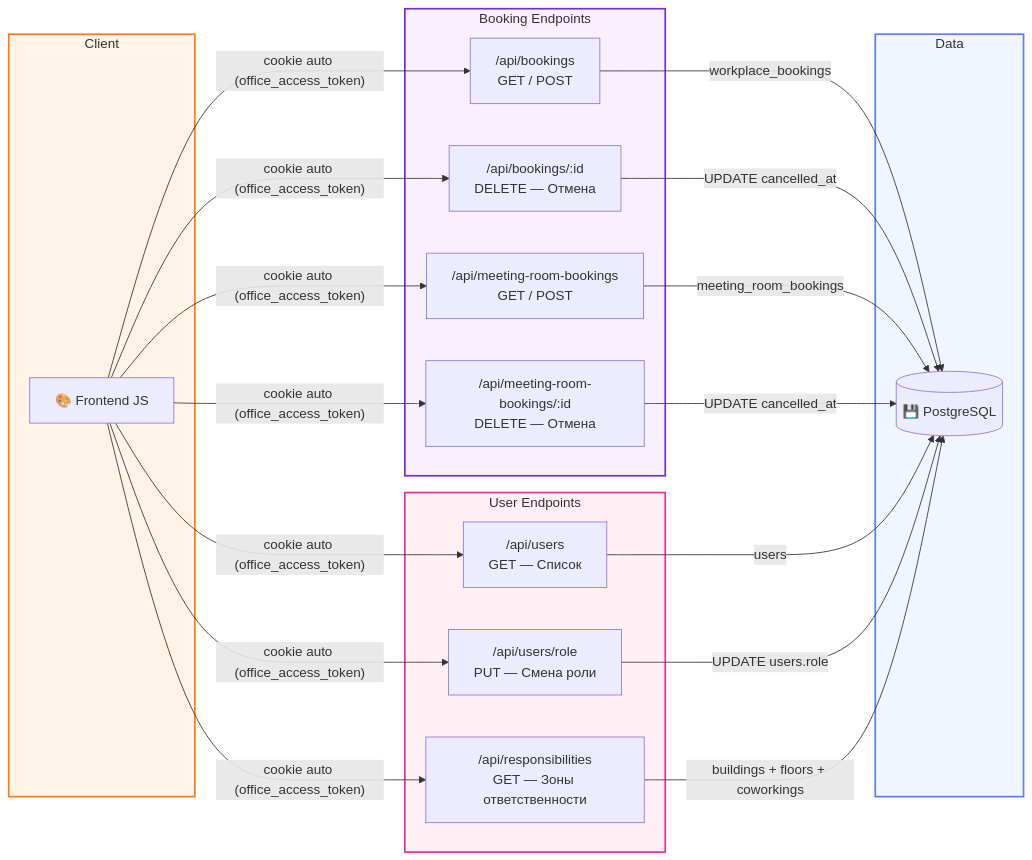
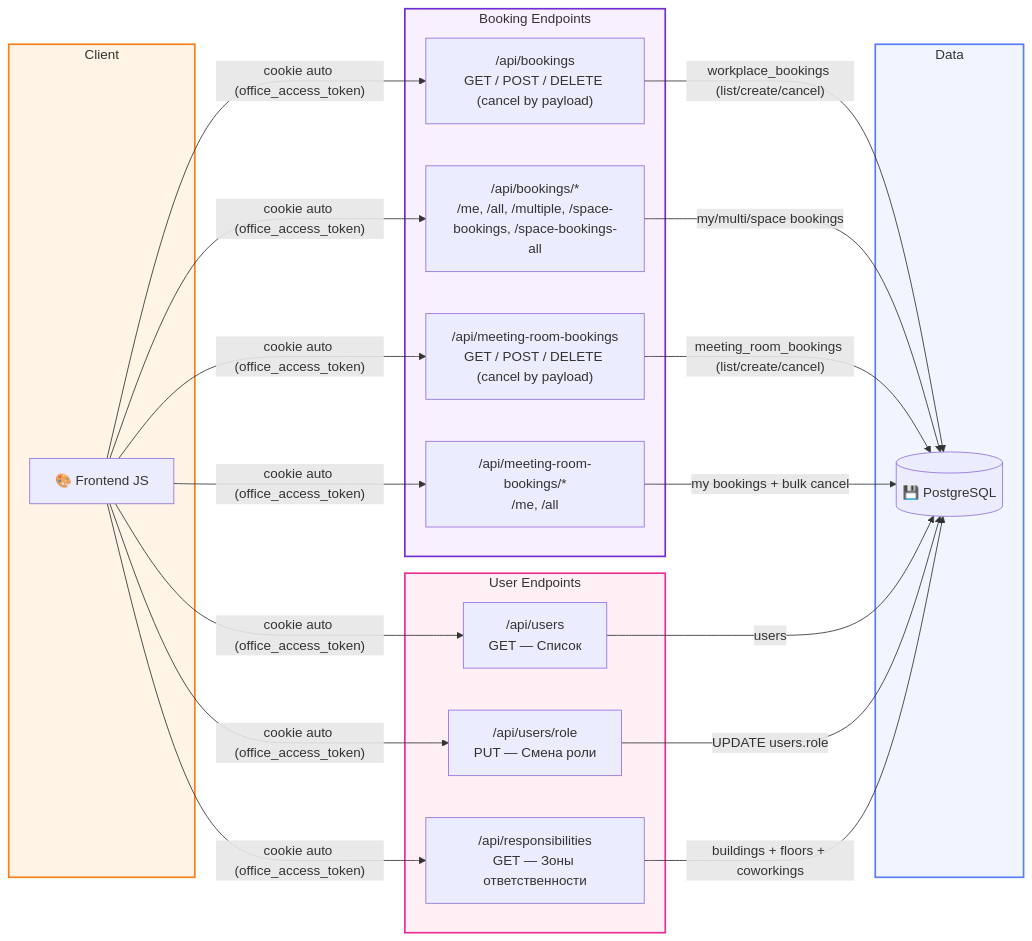
The fifth of 9 diagrams in DATA_FLOW_DIAGRAM.md (radiantbald/office-management), drawn with Mermaid before and after one commit. The commit also changed other lines of this file and 2 other files, not shown here.

````diff
--- a/DATA_FLOW_DIAGRAM.md
+++ b/DATA_FLOW_DIAGRAM.md
@@ -170,46 +170,46 @@
 ```mermaid
 graph LR
     subgraph Client
         JS["🎨 Frontend JS"]
     end
 
     subgraph BookingAPI["Booking Endpoints"]
-        Bookings["/api/bookings\nGET / POST"]
-        BookingSub["/api/bookings/:id\nDELETE — Отмена"]
-        MRBook["/api/meeting-room-bookings\nGET / POST"]
-        MRBookSub["/api/meeting-room-bookings/:id\nDELETE — Отмена"]
+        Bookings["/api/bookings\nGET / POST / DELETE (cancel by payload)"]
+        BookingsSub["/api/bookings/*\n/me, /all, /multiple, /space-bookings, /space-bookings-all"]
+        MRBook["/api/meeting-room-bookings\nGET / POST / DELETE (cancel by payload)"]
+        MRBookSub["/api/meeting-room-bookings/*\n/me, /all"]
     end
 
     subgraph UserAPI["User Endpoints"]
         Users["/api/users\nGET — Список"]
         UserRole["/api/users/role\nPUT — Смена роли"]
         Resp["/api/responsibilities\nGET — Зоны ответственности"]
     end
 
     subgraph Data
         DB[("💾 PostgreSQL")]
     end
 
     JS -- "cookie auto (office_access_token)" --> Bookings
-    JS -- "cookie auto (office_access_token)" --> BookingSub
+    JS -- "cookie auto (office_access_token)" --> BookingsSub
     JS -- "cookie auto (office_access_token)" --> MRBook
     JS -- "cookie auto (office_access_token)" --> MRBookSub
 
     JS -- "cookie auto (office_access_token)" --> Users
     JS -- "cookie auto (office_access_token)" --> UserRole
     JS -- "cookie auto (office_access_token)" --> Resp
 
-    Bookings -- "workplace_bookings" --> DB
-    BookingSub -- "UPDATE cancelled_at" --> DB
-    MRBook -- "meeting_room_bookings" --> DB
-    MRBookSub -- "UPDATE cancelled_at" --> DB
+    Bookings -- "workplace_bookings (list/create/cancel)" --> DB
+    BookingsSub -- "my/multi/space bookings" --> DB
+    MRBook -- "meeting_room_bookings (list/create/cancel)" --> DB
+    MRBookSub -- "my bookings + bulk cancel" --> DB
 
     Users -- "users" --> DB
     UserRole -- "UPDATE users.role" --> DB
     Resp -- "buildings + floors + coworkings" --> DB
 
     style Client fill:#FFF4E6,stroke:#FD7E14,stroke-width:2px
     style BookingAPI fill:#F9F0FF,stroke:#722ED1,stroke-width:2px
     style UserAPI fill:#FFF0F6,stroke:#EB2F96,stroke-width:2px
     style Data fill:#F0F5FF,stroke:#597EF7,stroke-width:2px
 ```
````
